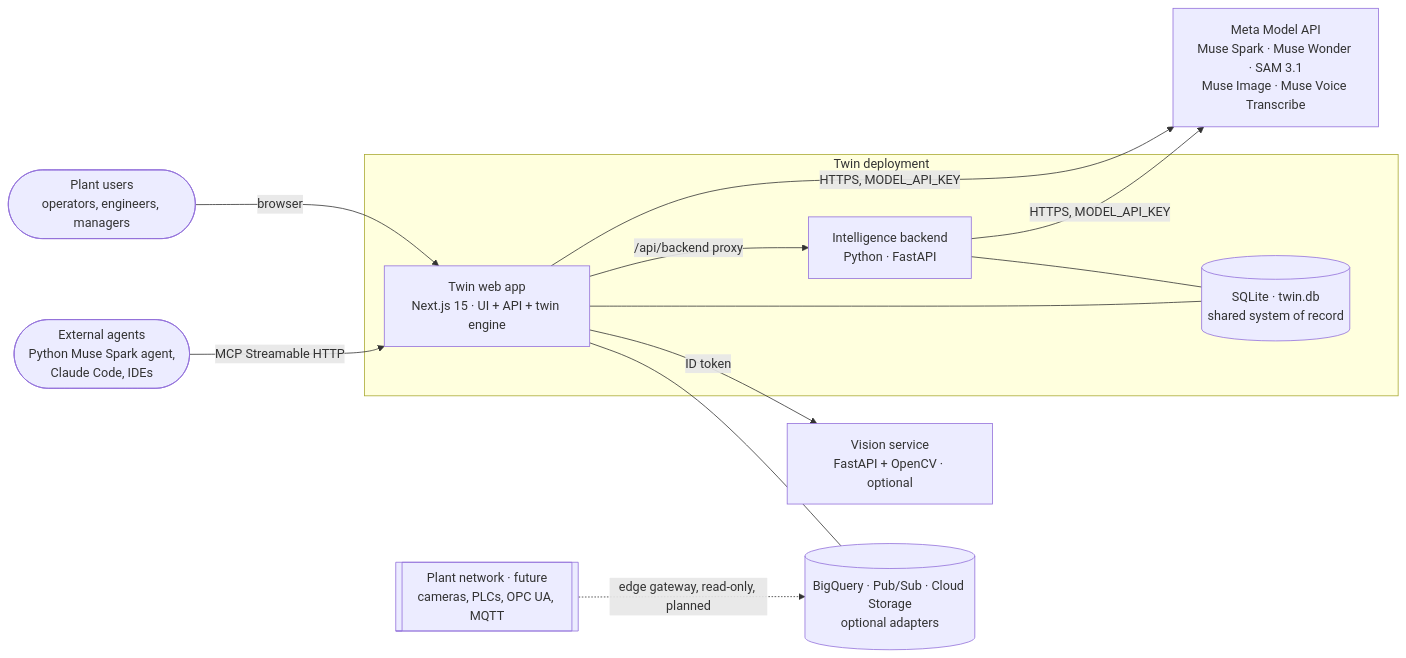
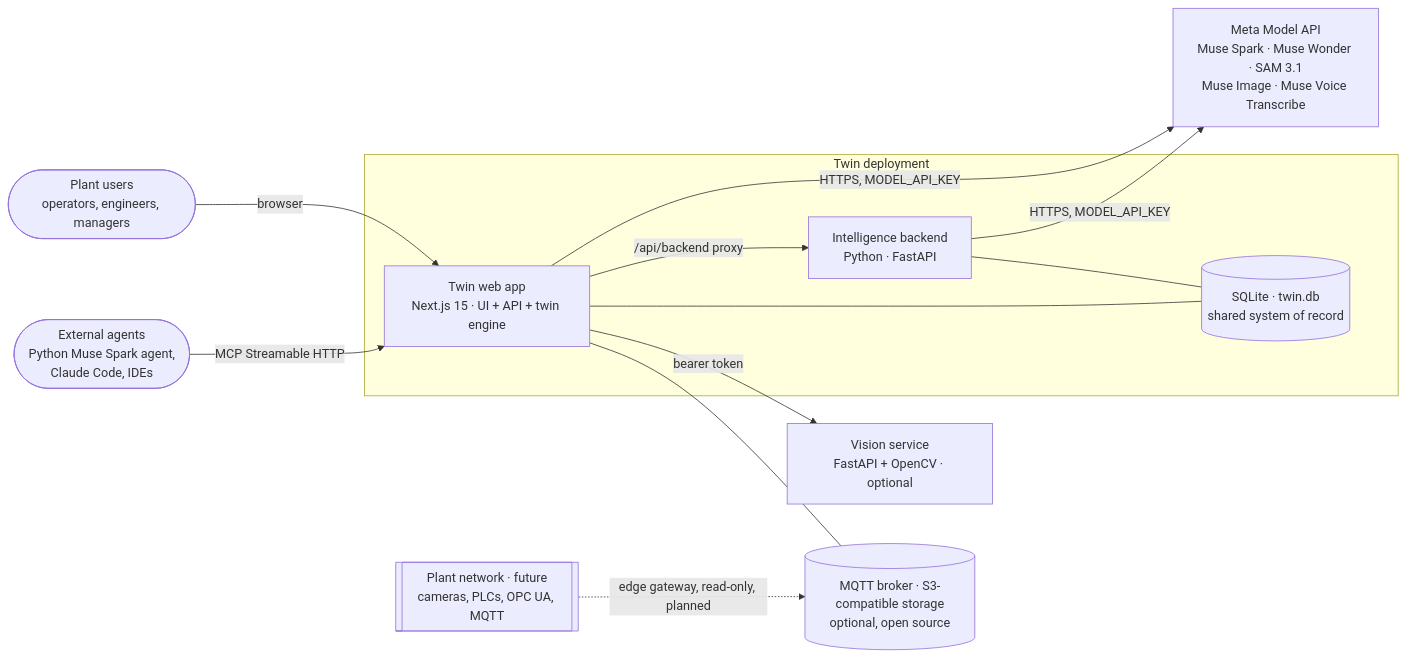
Before and after one commit to chiraghs/Twin: the first of 3 diagrams in docs/architecture.md, drawn with Mermaid. The commit also changed other lines of this file and 104 other files, not shown here.

First line of the commit message:
feat(infra): build on open-source stack with MQTT, S3 storage, DuckDB, and Docker Compose

````diff
--- a/docs/architecture.md
+++ b/docs/architecture.md
@@ -32,24 +32,24 @@
 ```mermaid
 flowchart LR
   user([Plant users<br/>operators, engineers, managers])
   ext([External agents<br/>Python Muse Spark agent,<br/>Claude Code, IDEs])
   meta[Meta Model API<br/>Muse Spark · Muse Wonder · SAM 3.1<br/>Muse Image · Muse Voice Transcribe]
   subgraph host[Twin deployment]
     app[Twin web app<br/>Next.js 15 · UI + API + twin engine]
     backend[Intelligence backend<br/>Python · FastAPI]
     db[(SQLite · twin.db<br/>shared system of record)]
   end
   vision[Vision service<br/>FastAPI + OpenCV · optional]
-  other[(BigQuery · Pub/Sub · Cloud Storage<br/>optional adapters)]
+  other[(MQTT broker · S3-compatible storage<br/>optional, open source)]
   plant[[Plant network · future<br/>cameras, PLCs, OPC UA, MQTT]]
   user -->|browser| app
   ext -->|MCP Streamable HTTP| app
   app -->|HTTPS, MODEL_API_KEY| meta
   backend -->|HTTPS, MODEL_API_KEY| meta
   app -->|/api/backend proxy| backend
   app --- db
   backend --- db
-  app -->|ID token| vision
+  app -->|bearer token| vision
   app --- other
   plant -.->|edge gateway, read-only, planned| other
 ```
````
